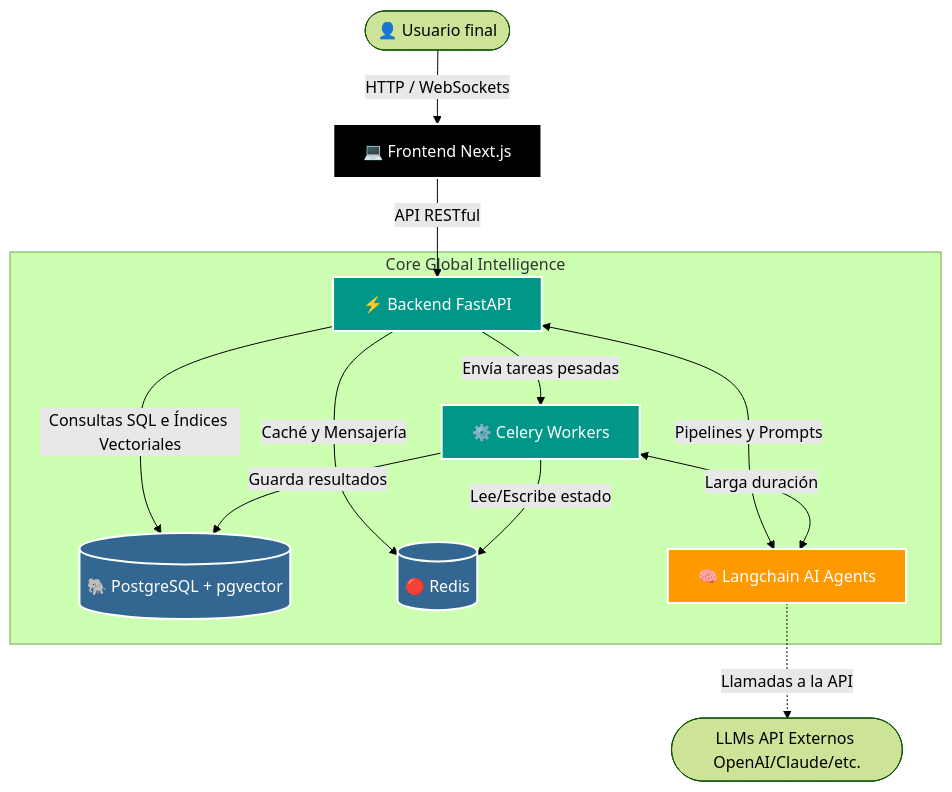
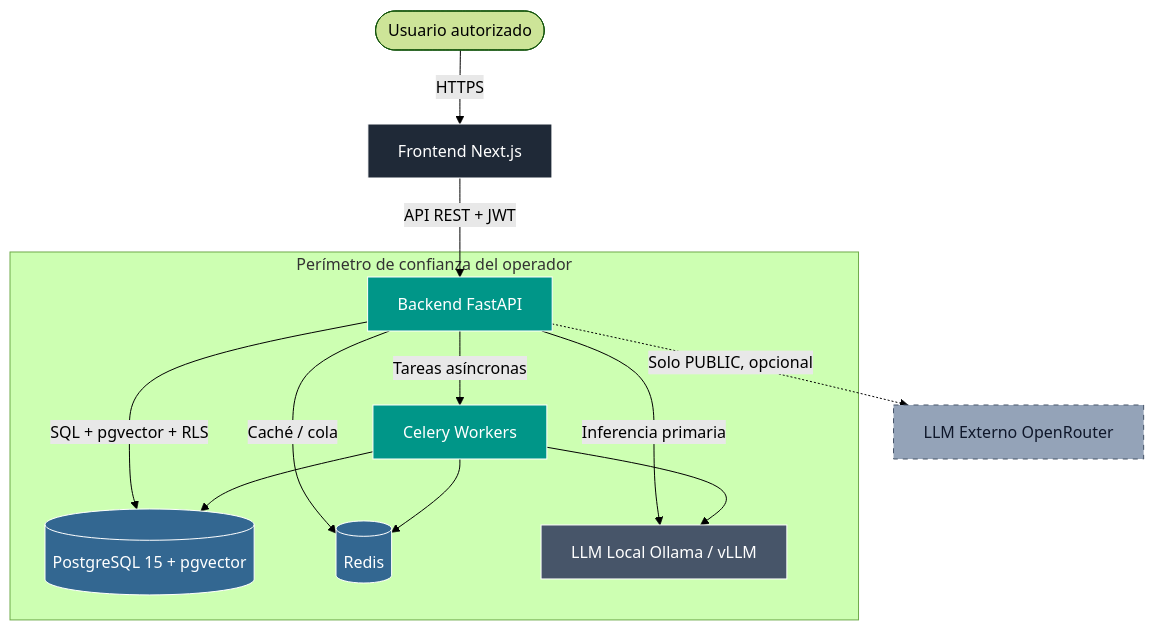
One commit to murdok1982/Global-Intelligence changed the diagram in README.md. Above: the diagram before and after it, drawn with Mermaid (forest theme). The commit also changed other lines of this file and 5 other files, not shown here.

````diff
--- a/README.md
+++ b/README.md
@@ -39,28 +49,30 @@
 ```mermaid
 graph TD
-    User([👤 Usuario final]) -->|HTTP / WebSockets| Frontend[💻 Frontend Next.js]
-    Frontend -->|API RESTful| Backend[⚡ Backend FastAPI]
-    
-    subgraph "Core Global Intelligence"
-        Backend -->|Consultas SQL e Índices Vectoriales| Postgres[(🐘 PostgreSQL + pgvector)]
-        Backend -->|Caché y Mensajería| Redis[(🔴 Redis)]
-        Backend -->|Envía tareas pesadas| Celery[⚙️ Celery Workers]
-        Celery -->|Lee/Escribe estado| Redis
-        Celery -->|Guarda resultados| Postgres
-        
-        Backend <-->|Pipelines y Prompts| Langchain[🧠 Langchain AI Agents]
-        Celery <-->|Larga duración| Langchain
+    User([Usuario autorizado]) -->|HTTPS| Frontend[Frontend Next.js]
+    Frontend -->|API REST + JWT| Backend[Backend FastAPI]
+
+    subgraph Perimetro["Perímetro de confianza del operador"]
+        Backend -->|SQL + pgvector + RLS| Postgres[(PostgreSQL 15 + pgvector)]
+        Backend -->|Caché / cola| Redis[(Redis)]
+        Backend -->|Tareas asíncronas| Celery[Celery Workers]
+        Celery --> Redis
+        Celery --> Postgres
+
+        Backend -->|Inferencia primaria| LocalLLM[LLM Local Ollama / vLLM]
+        Celery --> LocalLLM
     end
-    
-    Langchain -.->|Llamadas a la API| Externos([LLMs API Externos OpenAI/Claude/etc.])
-    
-    classDef frontend fill:#000,stroke:#fff,stroke-width:2px,color:#fff;
-    classDef backend fill:#009688,stroke:#fff,stroke-width:2px,color:#fff;
-    classDef db fill:#336791,stroke:#fff,stroke-width:2px,color:#fff;
-    classDef ai fill:#FF9900,stroke:#fff,stroke-width:2px,color:#fff;
-    
+
+    Backend -.->|Solo PUBLIC, opcional| ExternalLLM[LLM Externo OpenRouter]
+
+    classDef frontend fill:#1f2937,stroke:#fff,color:#fff;
+    classDef backend fill:#009688,stroke:#fff,color:#fff;
+    classDef db fill:#336791,stroke:#fff,color:#fff;
+    classDef llm fill:#475569,stroke:#fff,color:#fff;
+    classDef external fill:#94a3b8,stroke:#475569,stroke-dasharray: 5 5,color:#0f172a;
+
     class Frontend frontend;
     class Backend,Celery backend;
     class Postgres,Redis db;
-    class Langchain ai;
+    class LocalLLM llm;
+    class ExternalLLM external;
 ```
````
